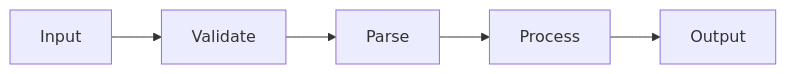
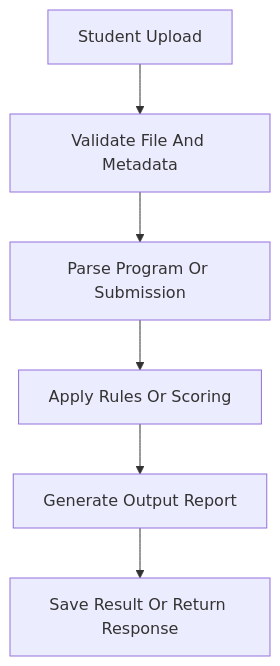
One commit to kentcs/software-engineering changed the third of 3 diagrams in docs/slides/lecture-15-software-architecture-beyond-mvc.md. Above: the diagram before and after it, drawn with Mermaid. The commit also changed other lines of this file and 9 other files, not shown here.

````diff
--- a/docs/slides/lecture-15-software-architecture-beyond-mvc.md
+++ b/docs/slides/lecture-15-software-architecture-beyond-mvc.md
@@ -396,7 +403,8 @@
 ```mermaid
-flowchart LR
-    input[Input] --> validate[Validate]
-    validate --> parse[Parse]
-    parse --> process[Process]
-    process --> output[Output]
+flowchart TD
+    upload["Student Upload"] --> validate["Validate File And Metadata"]
+    validate --> parse["Parse Program Or Submission"]
+    parse --> grade["Apply Rules Or Scoring"]
+    grade --> report["Generate Output Report"]
+    report --> publish["Save Result Or Return Response"]
 ```
````
